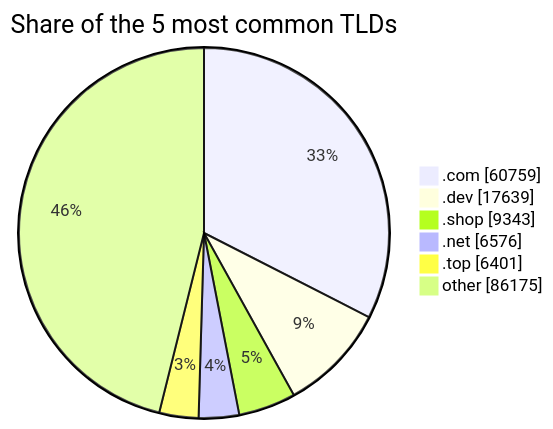
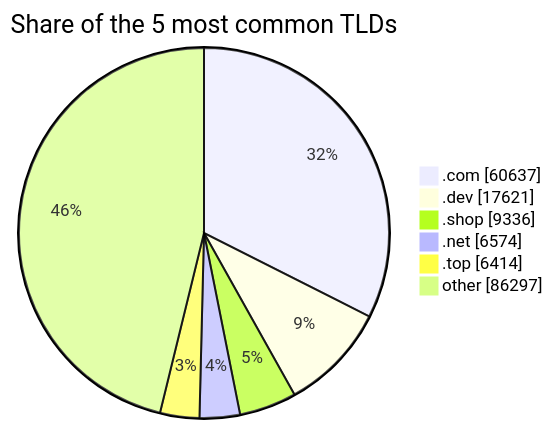
One commit to DNSBunker/CTI changed the third of 3 diagrams in README.md. Above: the diagram before and after it, drawn with Mermaid. The commit also changed other lines of this file and 3 other files, not shown here.

````diff
--- a/README.md
+++ b/README.md
@@ -81,9 +81,9 @@
 ```mermaid
 pie showData title Share of the 5 most common TLDs
-    ".com" : 60759
-    ".dev" : 17639
-    ".shop" : 9343
-    ".net" : 6576
-    ".top" : 6401
-    "other" : 86175
+    ".com" : 60637
+    ".dev" : 17621
+    ".shop" : 9336
+    ".net" : 6574
+    ".top" : 6414
+    "other" : 86297
 ```
````
